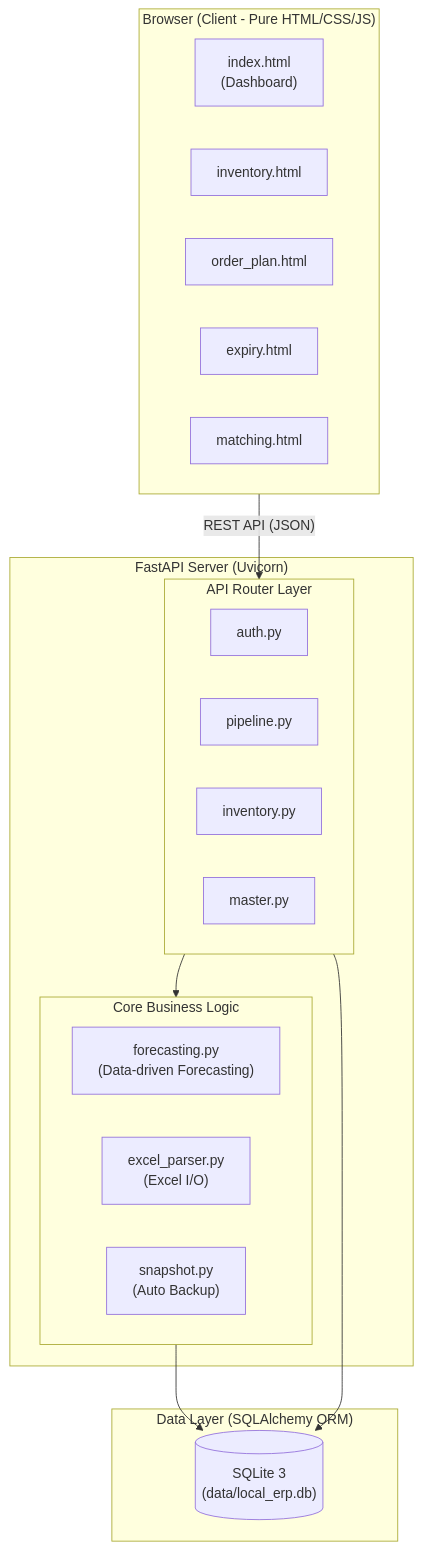
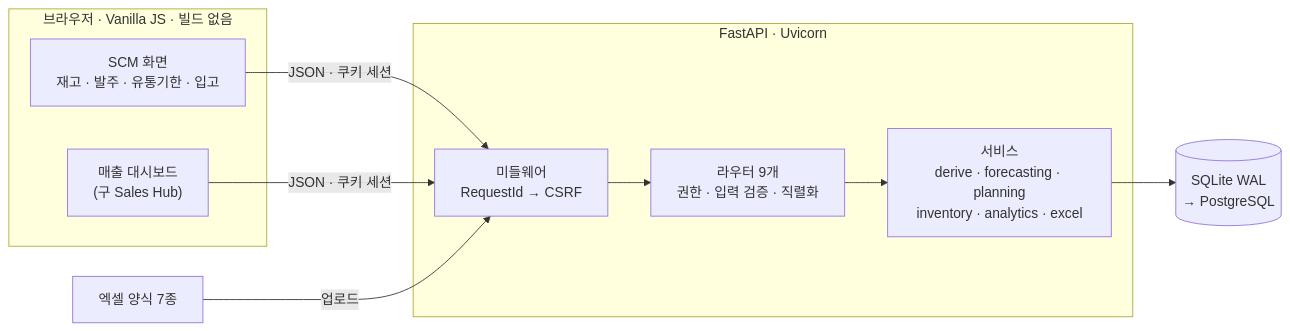
The first of 4 diagrams in README.md (jjong-pp/Eibe-SCM_Dashboard), drawn with Mermaid before and after one commit. The commit also changed other lines of this file and 2 other files, not shown here.

````diff
--- a/README.md
+++ b/README.md
@@ -89,34 +162,21 @@
 ```mermaid
-graph TD
-    subgraph Client["Browser (Client - Pure HTML/CSS/JS)"]
-        UI1["index.html<br>(Dashboard)"]
-        UI2["inventory.html"]
-        UI3["order_plan.html"]
-        UI4["expiry.html"]
-        UI5["matching.html"]
+flowchart LR
+    subgraph Client["브라우저 · Vanilla JS · 빌드 없음"]
+        UI["SCM 화면<br/>재고 · 발주 · 유통기한 · 입고"]
+        SH["매출 대시보드<br/>(구 Sales Hub)"]
     end
 
-    subgraph Backend["FastAPI Server (Uvicorn)"]
-        subgraph Routers["API Router Layer"]
-            R1["auth.py"]
-            R2["pipeline.py"]
-            R3["inventory.py"]
-            R4["master.py"]
-        end
-        
-        subgraph CoreLogic["Core Business Logic"]
-            C1["forecasting.py<br>(Data-driven Forecasting)"]
-            C2["excel_parser.py<br>(Excel I/O)"]
-            C3["snapshot.py<br>(Auto Backup)"]
-        end
+    subgraph Server["FastAPI · Uvicorn"]
+        MW["미들웨어<br/>RequestId → CSRF"]
+        R["라우터 9개<br/>권한 · 입력 검증 · 직렬화"]
+        S["서비스<br/>derive · forecasting · planning<br/>inventory · analytics · excel"]
     end
 
-    subgraph DataLayer["Data Layer (SQLAlchemy ORM)"]
-        DB[("SQLite 3<br>(data/local_erp.db)")]
-    end
+    DB[("SQLite WAL<br/>→ PostgreSQL")]
+    XL["엑셀 양식 7종"]
 
-    Client -- "REST API (JSON)" --> Routers
-    Routers --> CoreLogic
-    CoreLogic --> DB
-    Routers --> DB
+    UI -- "JSON · 쿠키 세션" --> MW
+    SH -- "JSON · 쿠키 세션" --> MW
+    XL -- "업로드" --> MW
+    MW --> R --> S --> DB
 ```
````
